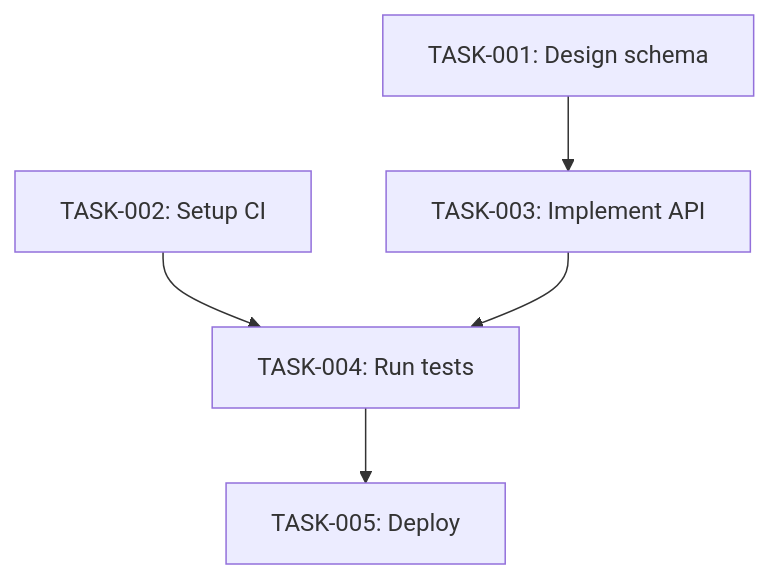
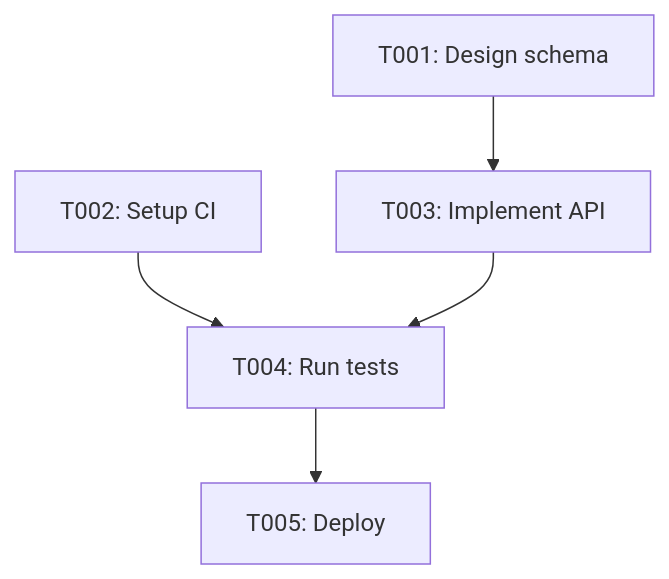
Before and after one commit to xemage/emage.code: the third of 3 diagrams in implementation/knowledge/skills/dependency-graphing/SKILL.md, drawn with Mermaid. The commit also changed other lines of this file and 258 other files, not shown here.

````diff
--- a/implementation/knowledge/skills/dependency-graphing/SKILL.md
+++ b/implementation/knowledge/skills/dependency-graphing/SKILL.md
@@ -143,7 +143,7 @@
 ```mermaid
 graph TD
-    TASK_001["TASK-001: Design schema"] --> TASK_003["TASK-003: Implement API"]
-    TASK_002["TASK-002: Setup CI"] --> TASK_004["TASK-004: Run tests"]
+    TASK_001["T001: Design schema"] --> TASK_003["T003: Implement API"]
+    TASK_002["T002: Setup CI"] --> TASK_004["T004: Run tests"]
     TASK_003 --> TASK_004
-    TASK_004 --> TASK_005["TASK-005: Deploy"]
+    TASK_004 --> TASK_005["T005: Deploy"]
 ```
````
